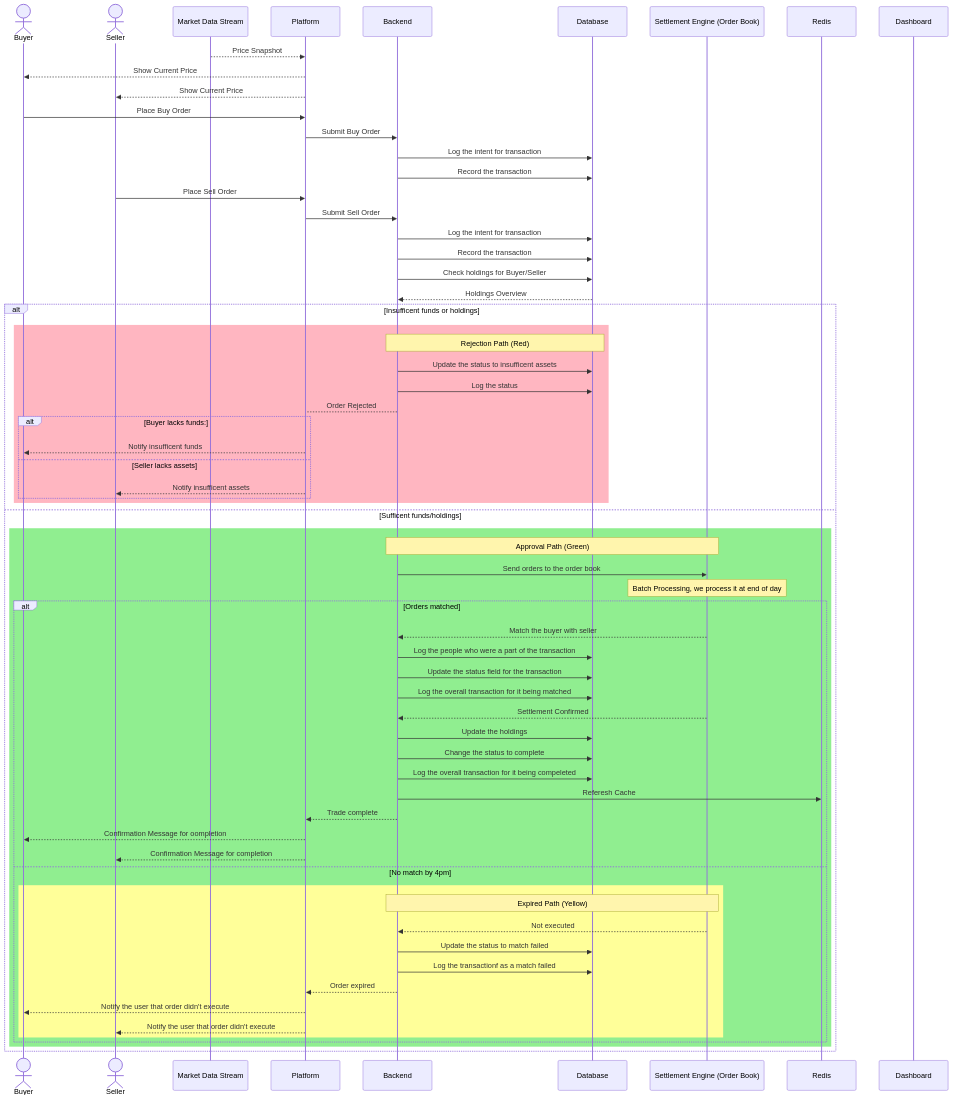
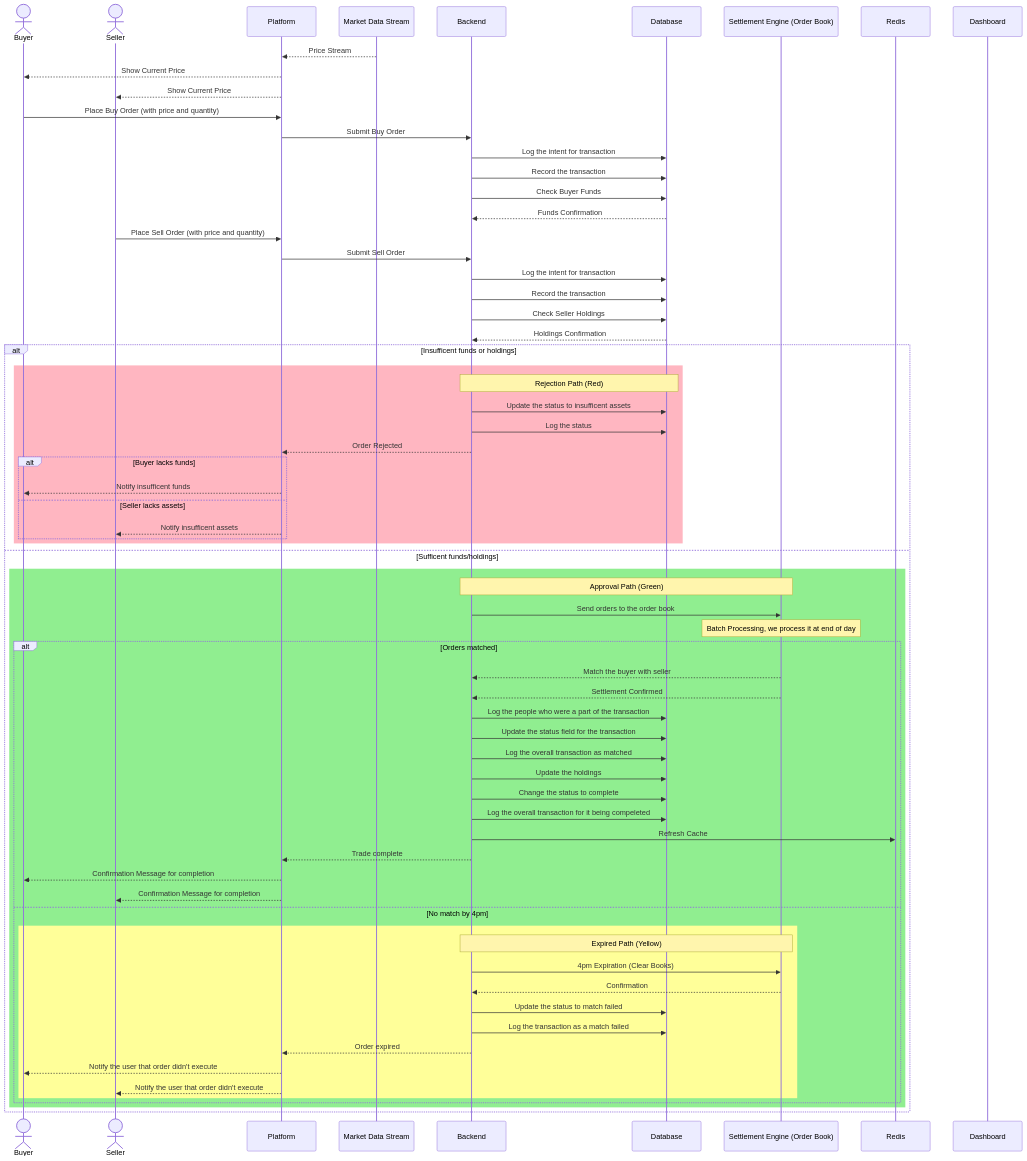
The diagram in docs/sequenceDiagram.mmd (srameshbabu123/JARBiS), drawn with Mermaid before and after one commit.

Commit message:
Update Sequence Diagram

```diff
--- a/docs/sequenceDiagram.mmd
+++ b/docs/sequenceDiagram.mmd
@@ -1,76 +1,78 @@
 
 sequenceDiagram
 	actor Buyer
 	actor Seller
+	participant P as Platform
 	participant MD as Market Data Stream 
-	participant P as Platform
 	participant BE as Backend
 	participant DB as Database
 	participant SE as Settlement Engine (Order Book)
 	participant R as Redis
 	participant D as Dashboard
 	
-	MD -->> P: Price Snapshot
+	MD -->> P: Price Stream
 	P -->> Buyer: Show Current Price
 	P -->> Seller: Show Current Price
 
-	Buyer ->> P: Place Buy Order
+	Buyer ->> P: Place Buy Order (with price and quantity)
 	P ->> BE: Submit Buy Order
 	BE ->> DB: Log the intent for transaction
 	BE ->> DB: Record the transaction
+	BE ->> DB: Check Buyer Funds
+	DB -->> BE: Funds Confirmation
 
-	Seller ->> P: Place Sell Order
+	Seller ->> P: Place Sell Order (with price and quantity)
 	P ->> BE: Submit Sell Order
 	BE ->> DB: Log the intent for transaction
 	BE ->> DB: Record the transaction
-	
-	BE ->> DB: Check holdings for Buyer/Seller
-	DB -->> BE: Holdings Overview
+	BE ->> DB: Check Seller Holdings
+	DB -->> BE: Holdings Confirmation
 	
 
 	alt Insufficent funds or holdings
 		rect rgb(255, 182, 193)
 		Note over BE,DB: Rejection Path (Red)
 		BE ->> DB: Update the status to insufficent assets
 		BE ->> DB: Log the status
-		BE --> P: Order Rejected
+		BE -->> P: Order Rejected
 		
-		alt Buyer lacks funds:
+		alt Buyer lacks funds
 			P -->> Buyer: Notify insufficent funds
 		else Seller lacks assets
 			P -->> Seller: Notify insufficent assets
 		end
 		end
 		
 	else Sufficent funds/holdings
 		rect rgb(144, 238, 144)
 		Note over BE,SE: Approval Path (Green)
 		BE ->> SE: Send orders to the order book
 		Note over SE: Batch Processing, we process it at end of day
 		
 		alt Orders matched
 			SE -->> BE: Match the buyer with seller
+			SE -->> BE: Settlement Confirmed
 			BE ->> DB: Log the people who were a part of the transaction
 			BE ->> DB: Update the status field for the transaction
-			BE ->> DB: Log the overall transaction for it being matched
-			SE -->> BE: Settlement Confirmed
+			BE ->> DB: Log the overall transaction as matched
 			BE ->> DB: Update the holdings
 			BE ->> DB: Change the status to complete
 			BE ->> DB: Log the overall transaction for it being compeleted
-			BE ->> R: Referesh Cache
+			BE ->> R: Refresh Cache
 			BE -->> P: Trade complete
-			P -->> Buyer: Confirmation Message for oompletion
+			P -->> Buyer: Confirmation Message for completion
 			P -->> Seller: Confirmation Message for completion
 		else No match by 4pm
 			rect rgb(255, 255, 153)
 			Note over SE,BE: Expired Path (Yellow)
-			SE -->> BE: Not executed
+			BE ->> SE: 4pm Expiration (Clear Books)
+			SE -->> BE: Confirmation
 			BE ->> DB: Update the status to match failed
- 			BE ->> DB: Log the transactionf as a match failed
+ 			BE ->> DB: Log the transaction as a match failed
 			BE -->> P: Order expired
 			P -->> Buyer: Notify the user that order didn't execute
 			P -->> Seller: Notify the user that order didn't execute
 			end
 		end
 		end
 	end
```
